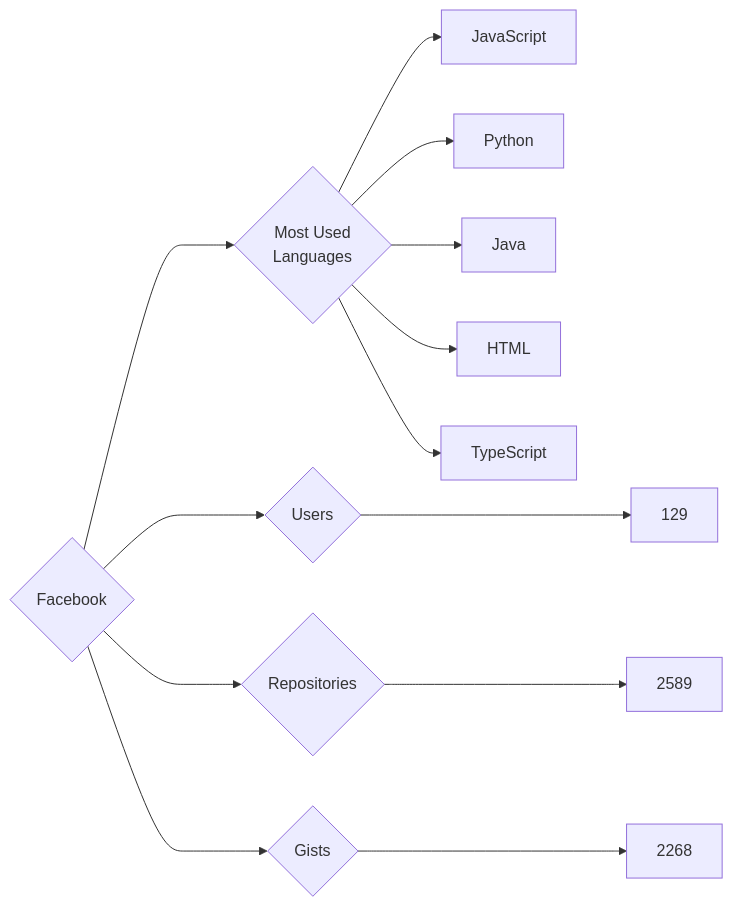
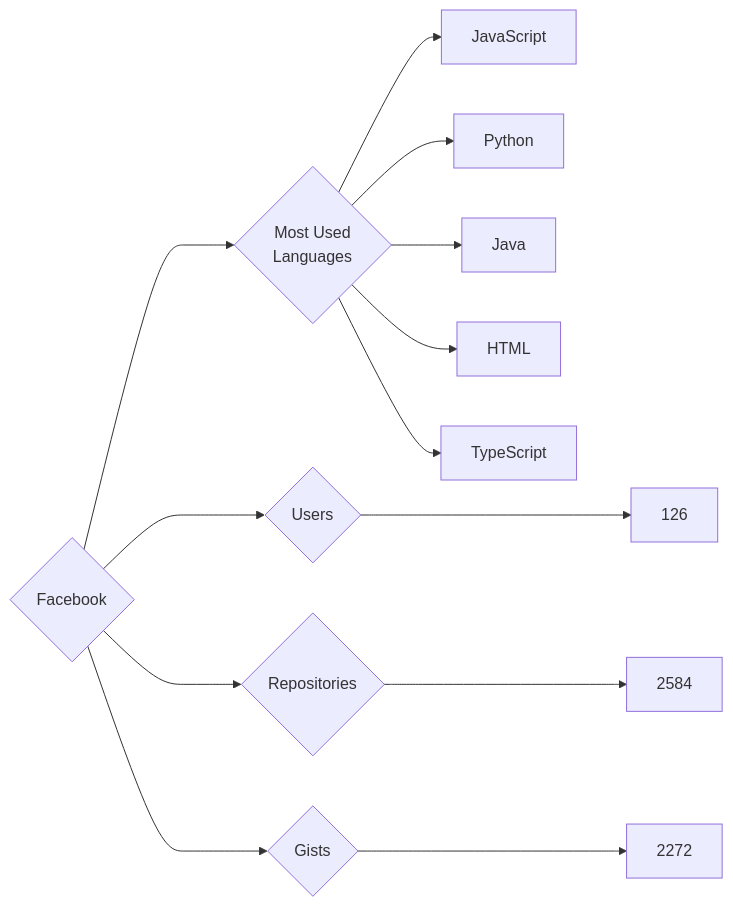
One commit to trickest/insiders changed the diagram in targets/Facebook/README.md. Above: the diagram before and after it, drawn with Mermaid. The commit also changed 610 other files, not shown here.

````diff
--- a/targets/Facebook/README.md
+++ b/targets/Facebook/README.md
@@ -3,13 +3,13 @@
 ```mermaid
 graph LR
 COMPANY_NAME{Facebook}
-COMPANY_NAME ---> U{Users} ---> UN[129]
-COMPANY_NAME ---> R{Repositories} ---> RN[2589]
-COMPANY_NAME ---> G{Gists} ---> GN[2268]
+COMPANY_NAME ---> U{Users} ---> UN[126]
+COMPANY_NAME ---> R{Repositories} ---> RN[2584]
+COMPANY_NAME ---> G{Gists} ---> GN[2272]
 COMPANY_NAME ---> ML{Most Used<br>Languages}
 ML --> JavaScript[JavaScript]
 ML --> Python[Python]
 ML --> Java[Java]
 ML --> HTML[HTML]
 ML --> TypeScript[TypeScript]
 ```
````
